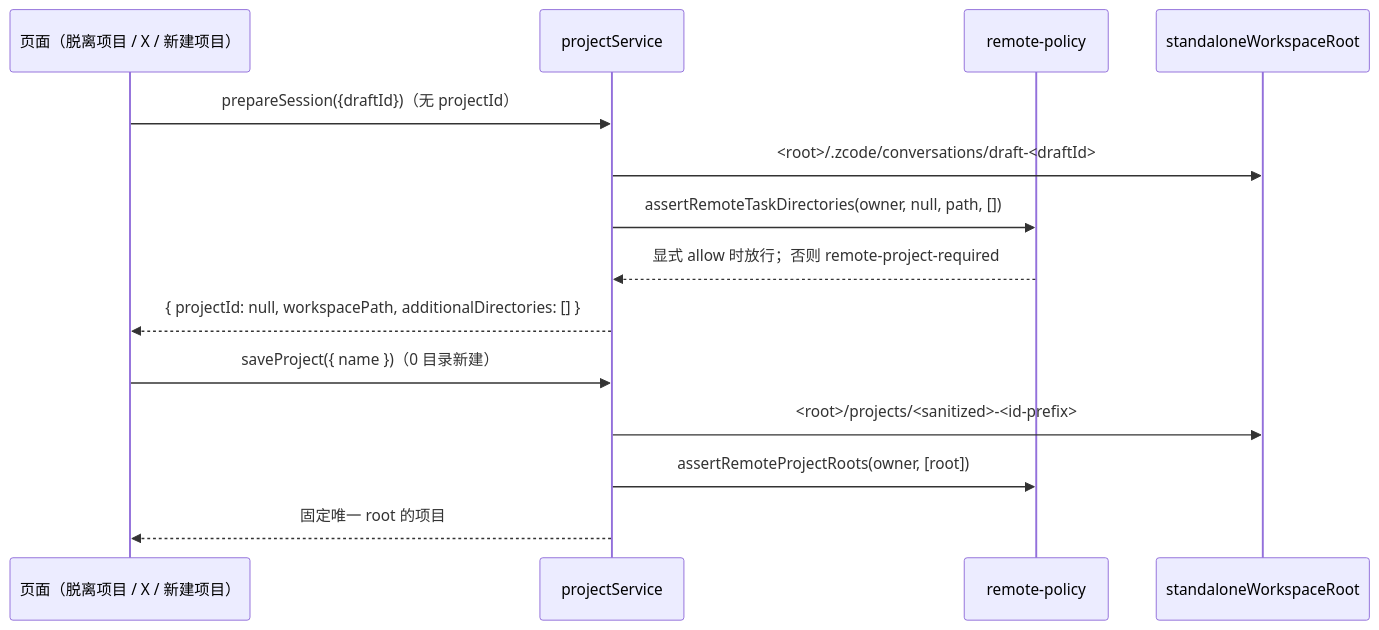
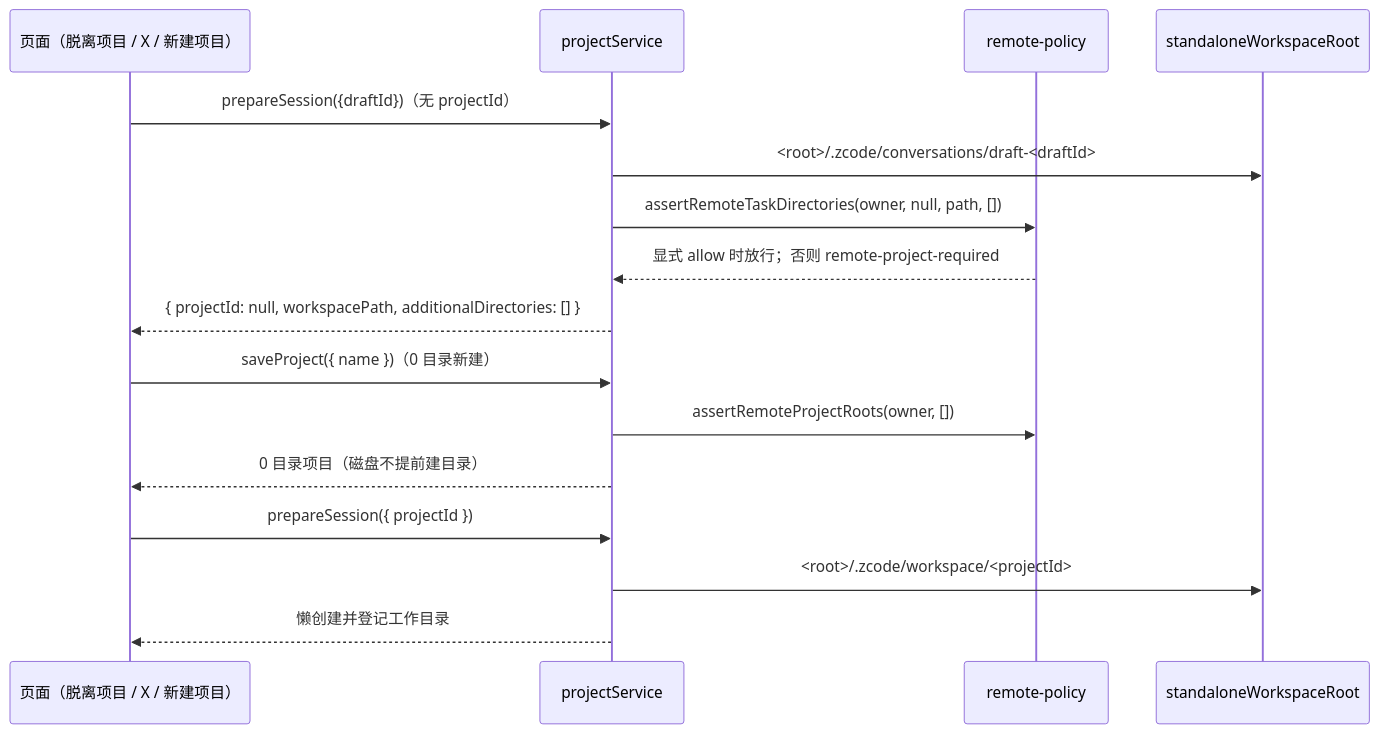
Before and after one commit to uselessbug/ZCode: the third of 3 diagrams in docs/standalone-web-task-and-project-compat.md, drawn with Mermaid. The commit also changed other lines of this file and 58 other files, not shown here.

````diff
--- a/docs/standalone-web-task-and-project-compat.md
+++ b/docs/standalone-web-task-and-project-compat.md
@@ -96,16 +96,18 @@
 ```mermaid
 sequenceDiagram
     participant UI as 页面（脱离项目 / X / 新建项目）
     participant Svc as projectService
     participant Policy as remote-policy
     participant FS as standaloneWorkspaceRoot
     UI->>Svc: prepareSession({draftId})（无 projectId）
     Svc->>FS: <root>/.zcode/conversations/draft-<draftId>
     Svc->>Policy: assertRemoteTaskDirectories(owner, null, path, [])
     Policy-->>Svc: 显式 allow 时放行；否则 remote-project-required
     Svc-->>UI: { projectId: null, workspacePath, additionalDirectories: [] }
     UI->>Svc: saveProject({ name })（0 目录新建）
-    Svc->>FS: <root>/projects/<sanitized>-<id-prefix>
-    Svc->>Policy: assertRemoteProjectRoots(owner, [root])
-    Svc-->>UI: 固定唯一 root 的项目
+    Svc->>Policy: assertRemoteProjectRoots(owner, [])
+    Svc-->>UI: 0 目录项目（磁盘不提前建目录）
+    UI->>Svc: prepareSession({ projectId })
+    Svc->>FS: <root>/.zcode/workspace/<projectId>
+    Svc-->>UI: 懒创建并登记工作目录
 ```
````
